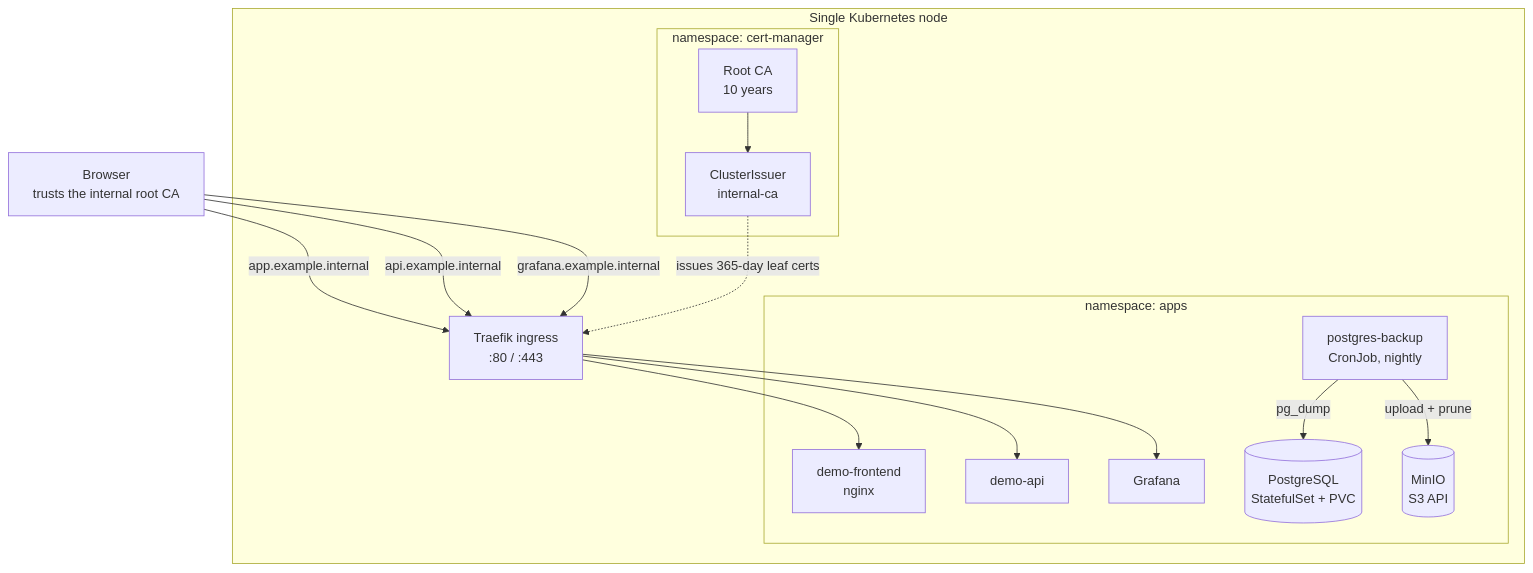
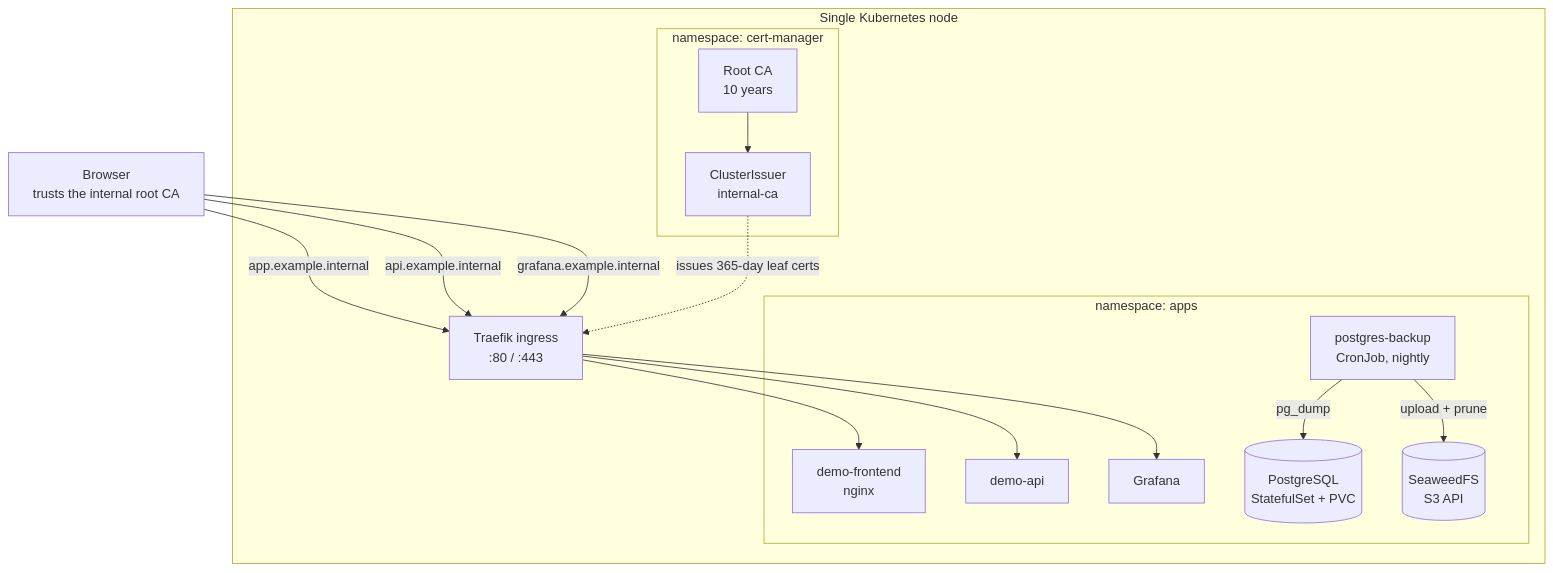
One commit to Walaskien/single-node-k8s-platform changed the diagram in docs/architecture.md. Above: the diagram before and after it, drawn with Mermaid. The commit also changed other lines of this file and 7 other files, not shown here.

Commit message:
Replace MinIO with SeaweedFS S3: the pinned MinIO images can no longer be pulled

````diff
--- a/docs/architecture.md
+++ b/docs/architecture.md
@@ -5,35 +5,35 @@
 ```mermaid
 flowchart TB
     browser["Browser<br/>trusts the internal root CA"]
 
     subgraph node["Single Kubernetes node"]
         traefik["Traefik ingress<br/>:80 / :443"]
 
         subgraph apps["namespace: apps"]
             frontend["demo-frontend<br/>nginx"]
             api["demo-api"]
             grafana["Grafana"]
             postgres[("PostgreSQL<br/>StatefulSet + PVC")]
-            minio[("MinIO<br/>S3 API")]
+            s3[("SeaweedFS<br/>S3 API")]
             backup["postgres-backup<br/>CronJob, nightly"]
         end
 
         subgraph cm["namespace: cert-manager"]
             root["Root CA<br/>10 years"]
             issuer["ClusterIssuer<br/>internal-ca"]
         end
     end
 
     browser -->|"app.example.internal"| traefik
     browser -->|"api.example.internal"| traefik
     browser -->|"grafana.example.internal"| traefik
     traefik --> frontend
     traefik --> api
     traefik --> grafana
 
     root --> issuer
     issuer -.->|"issues 365-day leaf certs"| traefik
 
     backup -->|"pg_dump"| postgres
-    backup -->|"upload + prune"| minio
+    backup -->|"upload + prune"| s3
 ```
````
